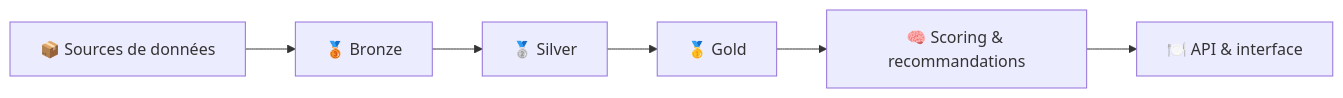
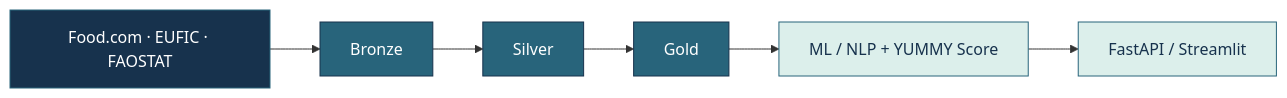
The diagram in README.md (benstL/benstL), drawn with Mermaid before and after one commit. The commit also changed other lines of this file, not shown here.

````diff
--- a/README.md
+++ b/README.md
@@ -51,8 +56,14 @@
 ```mermaid
 flowchart LR
-    A["📦 Sources de données"] --> B["🥉 Bronze"]
-    B --> C["🥈 Silver"]
-    C --> D["🥇 Gold"]
-    D --> E["🧠 Scoring & recommandations"]
-    E --> F["🍽️ API & interface"]
+    A["Food.com · EUFIC · FAOSTAT"] --> B["Bronze"]
+    B --> C["Silver"]
+    C --> D["Gold"]
+    D --> E["ML / NLP + YUMMY Score"]
+    E --> F["FastAPI / Streamlit"]
+    classDef source fill:#17324D,color:#ffffff,stroke:#28647B
+    classDef data fill:#28647B,color:#ffffff,stroke:#17324D
+    classDef app fill:#dcefeb,color:#17324D,stroke:#28647B
+    class A source
+    class B,C,D data
+    class E,F app
 ```
````
